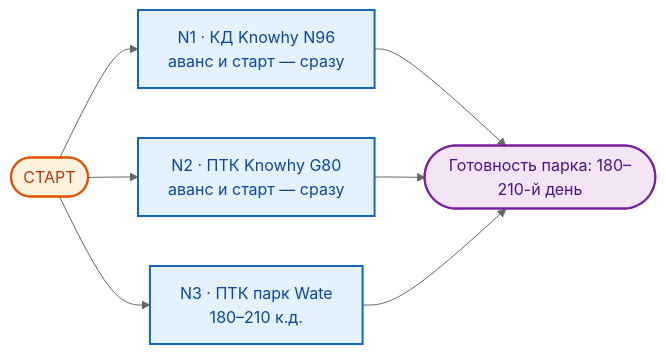
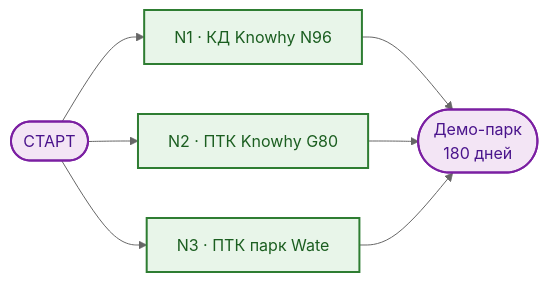
One commit to Konkery/Project-8_2026-N0-HORIZON changed the second of 5 diagrams in 04__Договор/pre-contract-negotiations.md. Above: the diagram before and after it, drawn with Mermaid (neutral theme). The commit also changed other lines of this file and 3 other files, not shown here.

````diff
--- a/04__Договор/pre-contract-negotiations.md
+++ b/04__Договор/pre-contract-negotiations.md
@@ -388,14 +393,14 @@
 ```mermaid
 flowchart LR
     classDef storage fill:#E3F2FD,stroke:#1565C0,stroke-width:2px,color:#0D47A1;
     classDef engine  fill:#FFF3E0,stroke:#E65100,stroke-width:2px,color:#BF360C;
     classDef lib     fill:#E8F5E9,stroke:#2E7D32,stroke-width:2px,color:#1B5E20;
     classDef output  fill:#F3E5F5,stroke:#7B1FA2,stroke-width:2px,color:#4A148C;
 
-    S([СТАРТ]):::engine --> N1[N1 · КД Knowhy N96<br/>аванс и старт — сразу]:::storage
-    S --> N2[N2 · ПТК Knowhy G80<br/>аванс и старт — сразу]:::storage
-    S --> N3[N3 · ПТК парк Wate<br/>180–210 к.д.]:::storage
-    N1 --> READY([Готовность парка: 180–210-й день]):::output
-    N2 --> READY
-    N3 --> READY
+    S([СТАРТ]):::output --> N1[N1 · КД Knowhy N96]:::lib
+    S --> N2[N2 · ПТК Knowhy G80]:::lib
+    S --> N3[N3 · ПТК парк Wate]:::lib
+    N1 --> DEMO([Демо-парк<br/>180 дней]):::output
+    N2 --> DEMO
+    N3 --> DEMO
 ```
````
